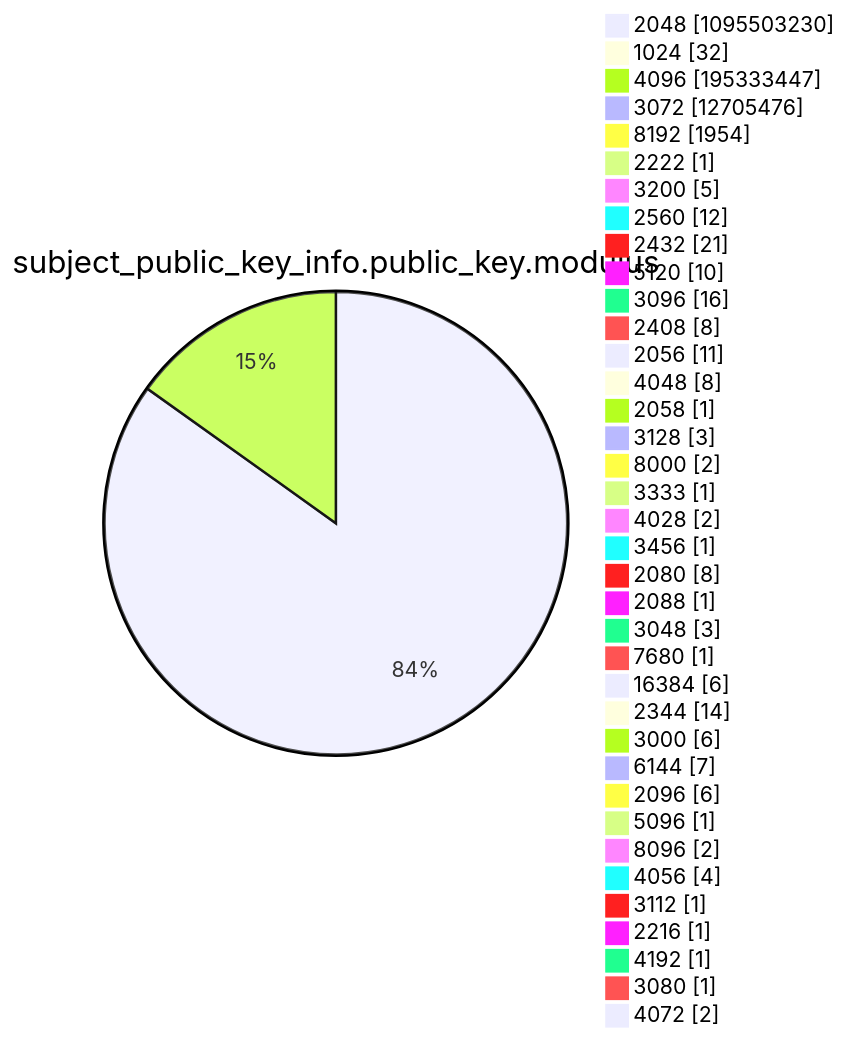
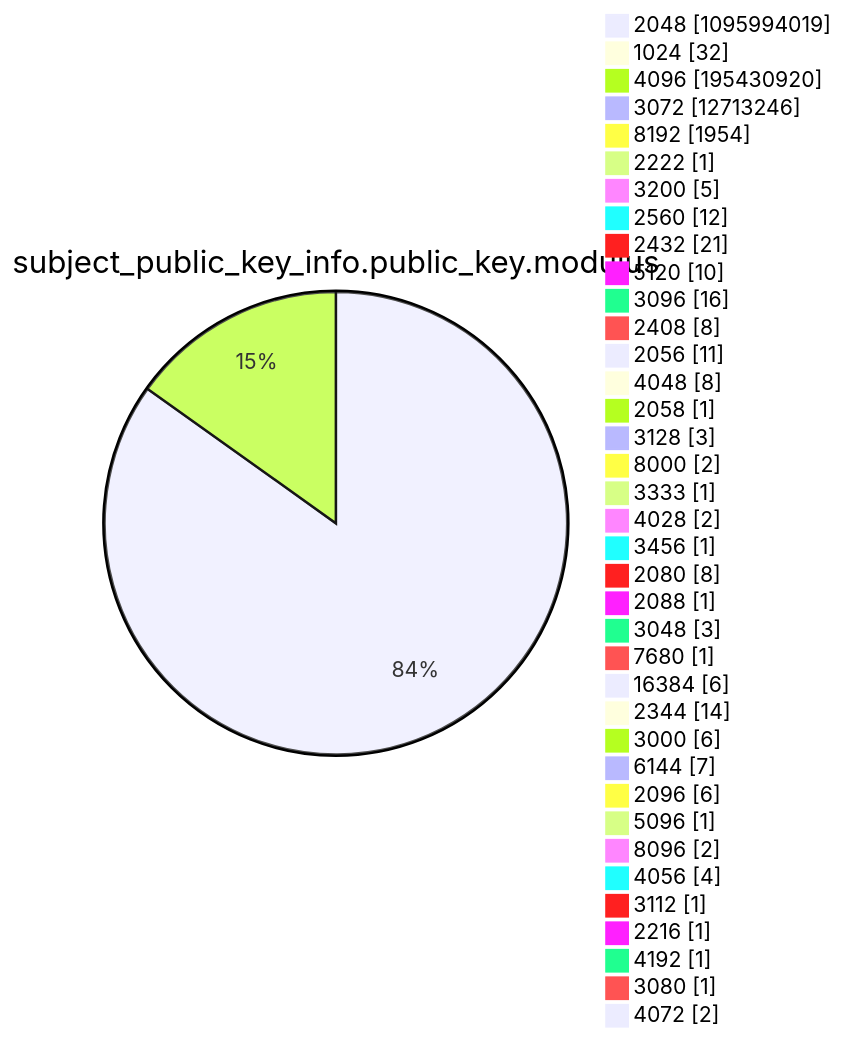
Before and after one commit to christiankrug/ctmonitor_visualization: diagram 13 of 15 in argon2022/README.md, drawn with Mermaid. The commit also changed other lines of this file, not shown here.

````diff
--- a/argon2022/README.md
+++ b/argon2022/README.md
@@ -3589,41 +3589,41 @@
 ```mermaid
 pie showData
 title subject_public_key_info.public_key.modulus
-"2048" :1095503230
+"2048" :1095994019
 "1024" :32
-"4096" :195333447
-"3072" :12705476
+"4096" :195430920
+"3072" :12713246
 "8192" :1954
 "2222" :1
 "3200" :5
 "2560" :12
 "2432" :21
 "5120" :10
 "3096" :16
 "2408" :8
 "2056" :11
 "4048" :8
 "2058" :1
 "3128" :3
 "8000" :2
 "3333" :1
 "4028" :2
 "3456" :1
 "2080" :8
 "2088" :1
 "3048" :3
 "7680" :1
 "16384" :6
 "2344" :14
 "3000" :6
 "6144" :7
 "2096" :6
 "5096" :1
 "8096" :2
 "4056" :4
 "3112" :1
 "2216" :1
 "4192" :1
 "3080" :1
 "4072" :2
 ```
````
